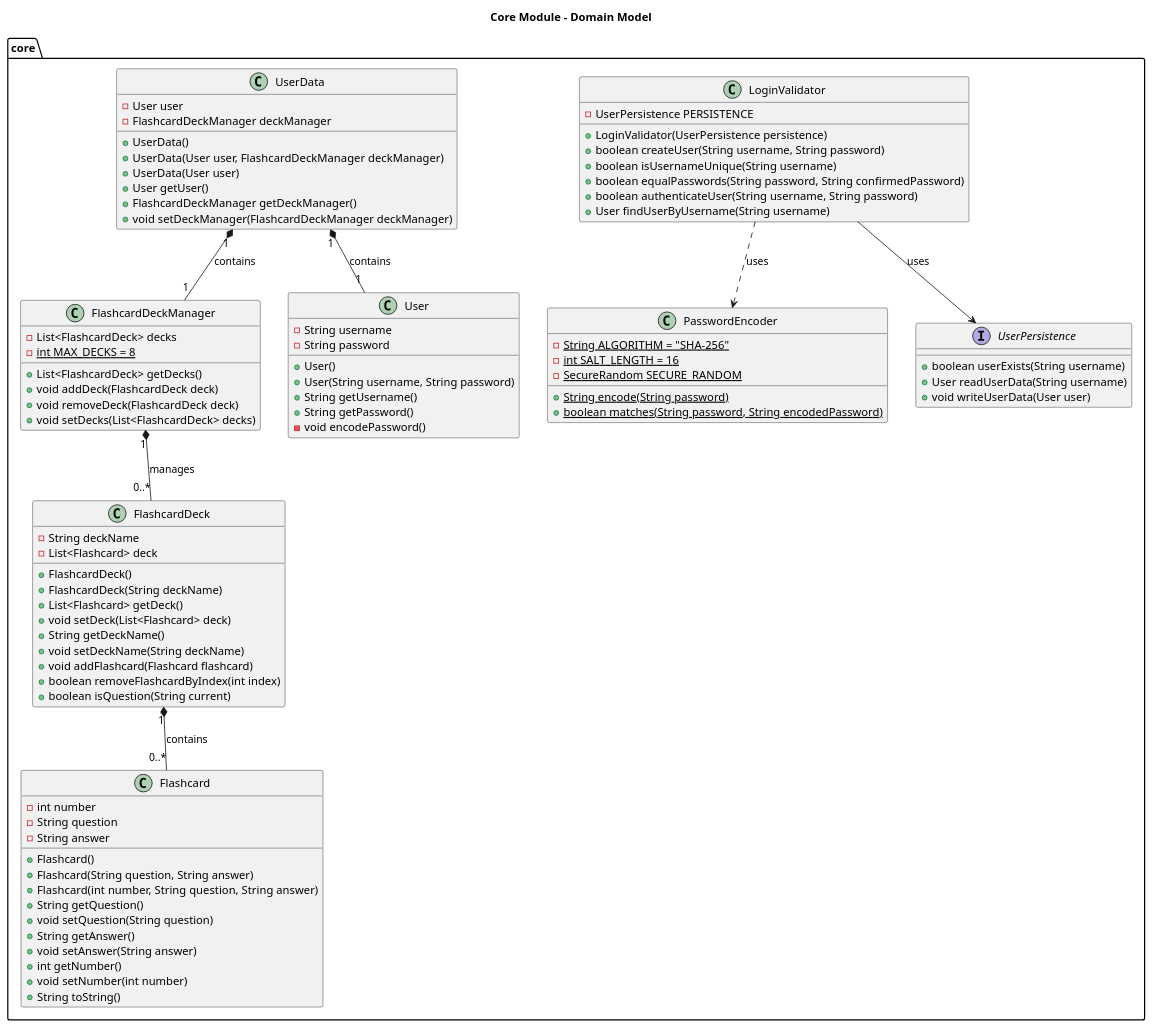
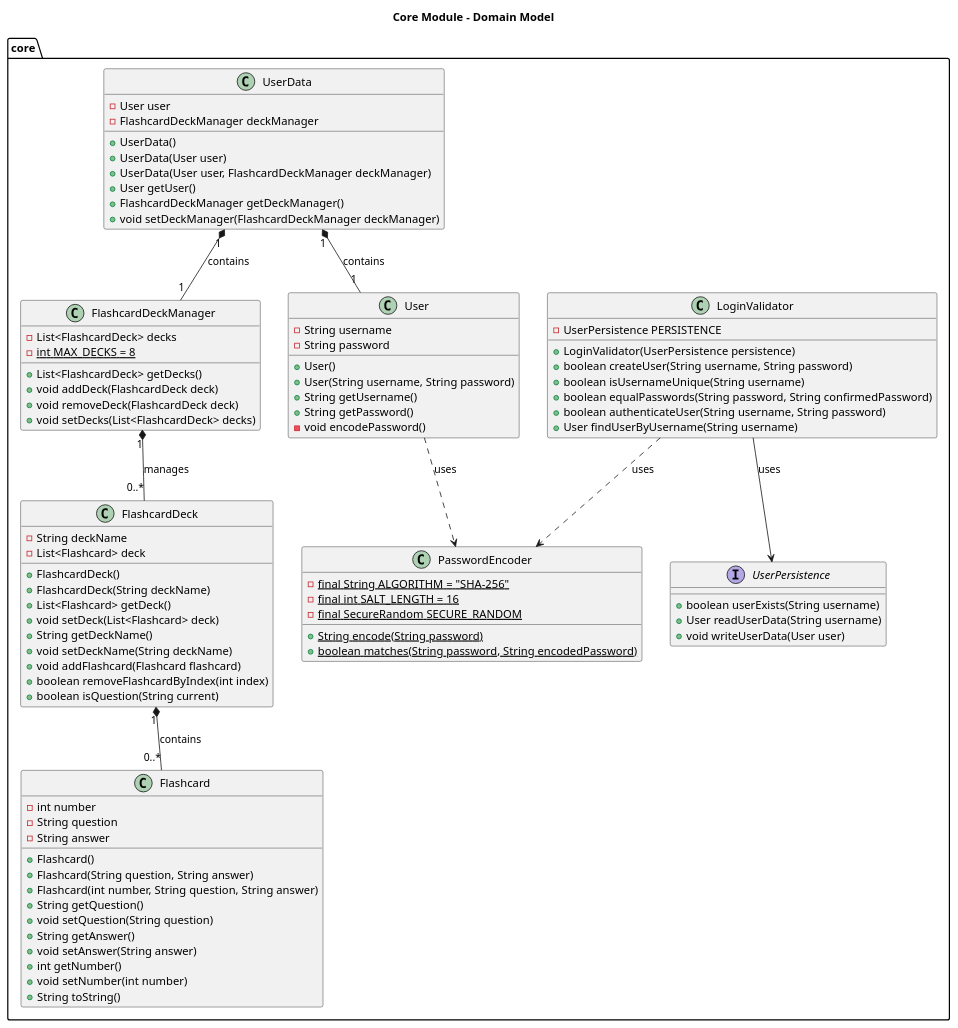
The diagram in docs/release_3/uml_documentation/class_core.puml (marennodenes/Flashcard-App), drawn with PlantUML before and after one commit. The commit also changed 10 other files, not shown here.

First line of the commit message:
docs(uml): updated class and package diagrams

```diff
--- a/docs/release_3/uml_documentation/class_core.puml
+++ b/docs/release_3/uml_documentation/class_core.puml
@@ -1,106 +1,107 @@
 @startuml class_core
 title Core Module - Domain Model
 
 package core {
 
     class Flashcard {
         - int number
         - String question
         - String answer
 
         + Flashcard()
         + Flashcard(String question, String answer)
         + Flashcard(int number, String question, String answer)
         + String getQuestion()
         + void setQuestion(String question)
         + String getAnswer()
         + void setAnswer(String answer)
         + int getNumber()
         + void setNumber(int number)
         + String toString()
     }
 
     class FlashcardDeck {
         - String deckName
         - List<Flashcard> deck
 
         + FlashcardDeck()
         + FlashcardDeck(String deckName)
         + List<Flashcard> getDeck()
         + void setDeck(List<Flashcard> deck)
         + String getDeckName()
         + void setDeckName(String deckName)
         + void addFlashcard(Flashcard flashcard)
         + boolean removeFlashcardByIndex(int index)
         + boolean isQuestion(String current)
     }
 
     class FlashcardDeckManager {
         - List<FlashcardDeck> decks
         - {static} int MAX_DECKS = 8
 
         + List<FlashcardDeck> getDecks()
         + void addDeck(FlashcardDeck deck)
         + void removeDeck(FlashcardDeck deck)
         + void setDecks(List<FlashcardDeck> decks)
     }
 
     class LoginValidator {
         - UserPersistence PERSISTENCE
         
         + LoginValidator(UserPersistence persistence)
         + boolean createUser(String username, String password)
         + boolean isUsernameUnique(String username)
         + boolean equalPasswords(String password, String confirmedPassword)
         + boolean authenticateUser(String username, String password)
         + User findUserByUsername(String username)
     }
 
     class PasswordEncoder {
-        - {static} String ALGORITHM = "SHA-256"
-        - {static} int SALT_LENGTH = 16
-        - {static} SecureRandom SECURE_RANDOM
+        - {static} final String ALGORITHM = "SHA-256"
+        - {static} final int SALT_LENGTH = 16
+        - {static} final SecureRandom SECURE_RANDOM
 
         + {static} String encode(String password)
         + {static} boolean matches(String password, String encodedPassword)
     }
 
     class User {
         - String username
         - String password
 
         + User()
         + User(String username, String password)
         + String getUsername()
         + String getPassword()
         - void encodePassword()
     }
 
     class UserData {
         - User user
         - FlashcardDeckManager deckManager
 
         + UserData()
+        + UserData(User user)
         + UserData(User user, FlashcardDeckManager deckManager)
-        + UserData(User user)
         + User getUser()
         + FlashcardDeckManager getDeckManager()
         + void setDeckManager(FlashcardDeckManager deckManager)
     }
 
     interface UserPersistence {
         + boolean userExists(String username)
         + User readUserData(String username)
         + void writeUserData(User user)
     }
 }
 
-' Relationships within core
+' Relationships
 FlashcardDeck "1" *-- "0..*" Flashcard : contains
 FlashcardDeckManager "1" *-- "0..*" FlashcardDeck : manages
 UserData "1" *-- "1" User : contains
 UserData "1" *-- "1" FlashcardDeckManager : contains
 LoginValidator --> UserPersistence : uses
 LoginValidator ..> PasswordEncoder : uses
+User ..> PasswordEncoder : uses
 
 @enduml
```
